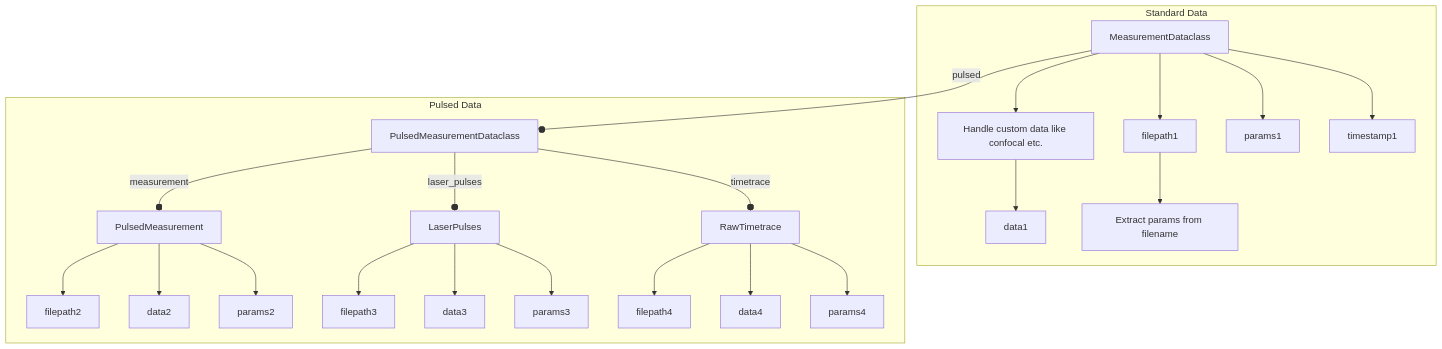
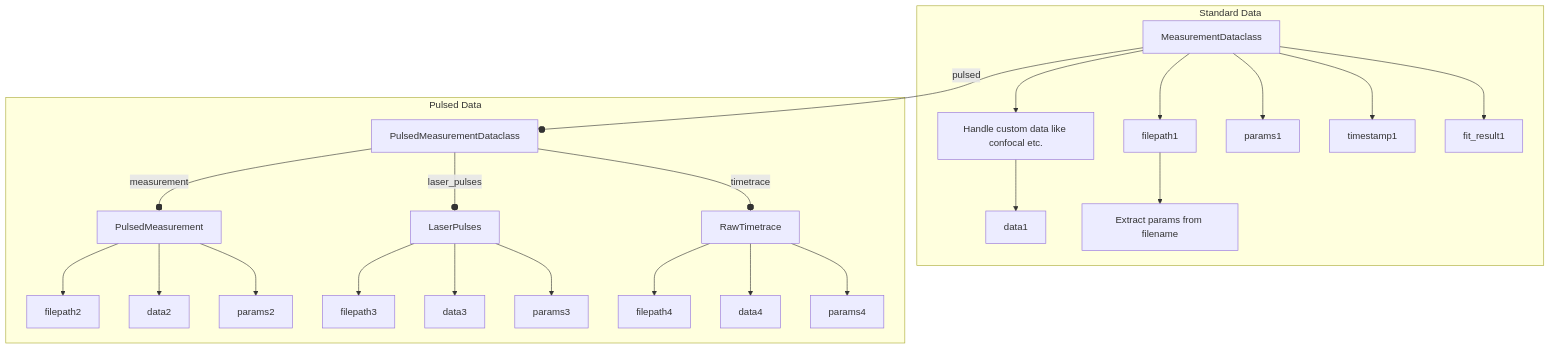
Before and after one commit to dineshpinto/qudi-hira-analysis: the second of 2 diagrams in README.md, drawn with Mermaid.

````diff
--- a/README.md
+++ b/README.md
@@ -49,26 +49,27 @@
 ```mermaid
 flowchart TD;
     subgraph Standard Data
         MeasurementDataclass-->filepath1;
         MeasurementDataclass-->CustomDataImporter[Handle custom data like confocal etc.];
         CustomDataImporter-->data1;
         MeasurementDataclass-->params1;
         MeasurementDataclass-->timestamp1;
+        MeasurementDataclass-->fit_result1;
         filepath1-->ParameterExtraction[Extract params from filename]
     end
     subgraph Pulsed Data
         MeasurementDataclass-- pulsed --oPulsedMeasurementDataclass;
         PulsedMeasurementDataclass-- measurement --oPulsedMeasurement;
         PulsedMeasurement--> filepath2;
         PulsedMeasurement--> data2;
         PulsedMeasurement--> params2;
         PulsedMeasurementDataclass-- laser_pulses --oLaserPulses; 
         LaserPulses--> filepath3;
         LaserPulses--> data3;
         LaserPulses--> params3;
         PulsedMeasurementDataclass-- timetrace --oRawTimetrace;
         RawTimetrace--> filepath4;
         RawTimetrace--> data4;
         RawTimetrace--> params4;
     end
 ```
````
